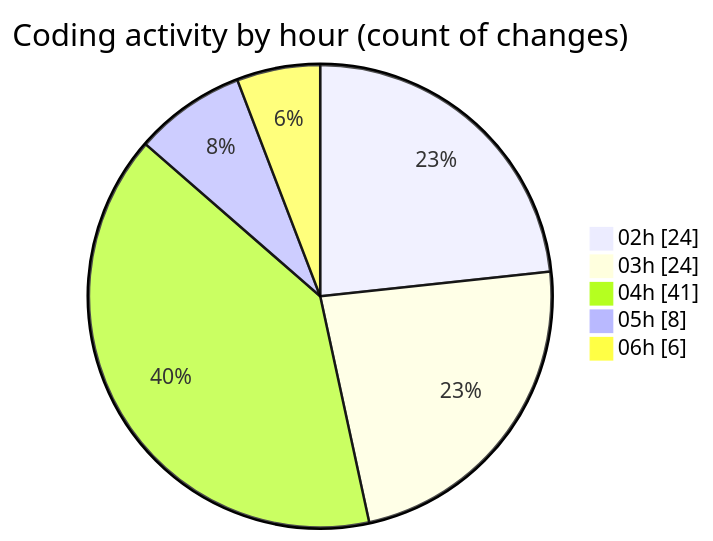
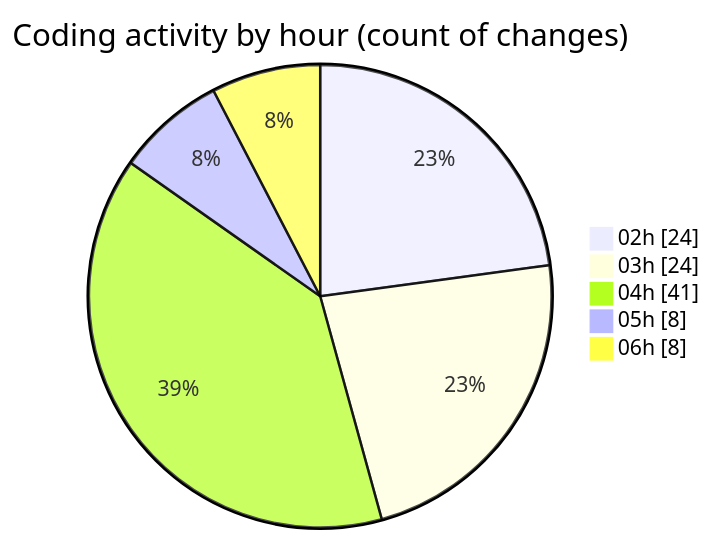
One commit to lephambinh05/code-tracking changed the second of 2 diagrams in 2025-07-23/quanlyrapchieuphim/README.md. Above: the diagram before and after it, drawn with Mermaid. The commit also changed other lines of this file and 1 other file, not shown here.

````diff
--- a/2025-07-23/quanlyrapchieuphim/README.md
+++ b/2025-07-23/quanlyrapchieuphim/README.md
@@ -38,9 +38,9 @@
 ```mermaid
 pie showData
 title Coding activity by hour (count of changes)
 "02h" : 24
 "03h" : 24
 "04h" : 41
 "05h" : 8
-"06h" : 6
+"06h" : 8
 ```
````
